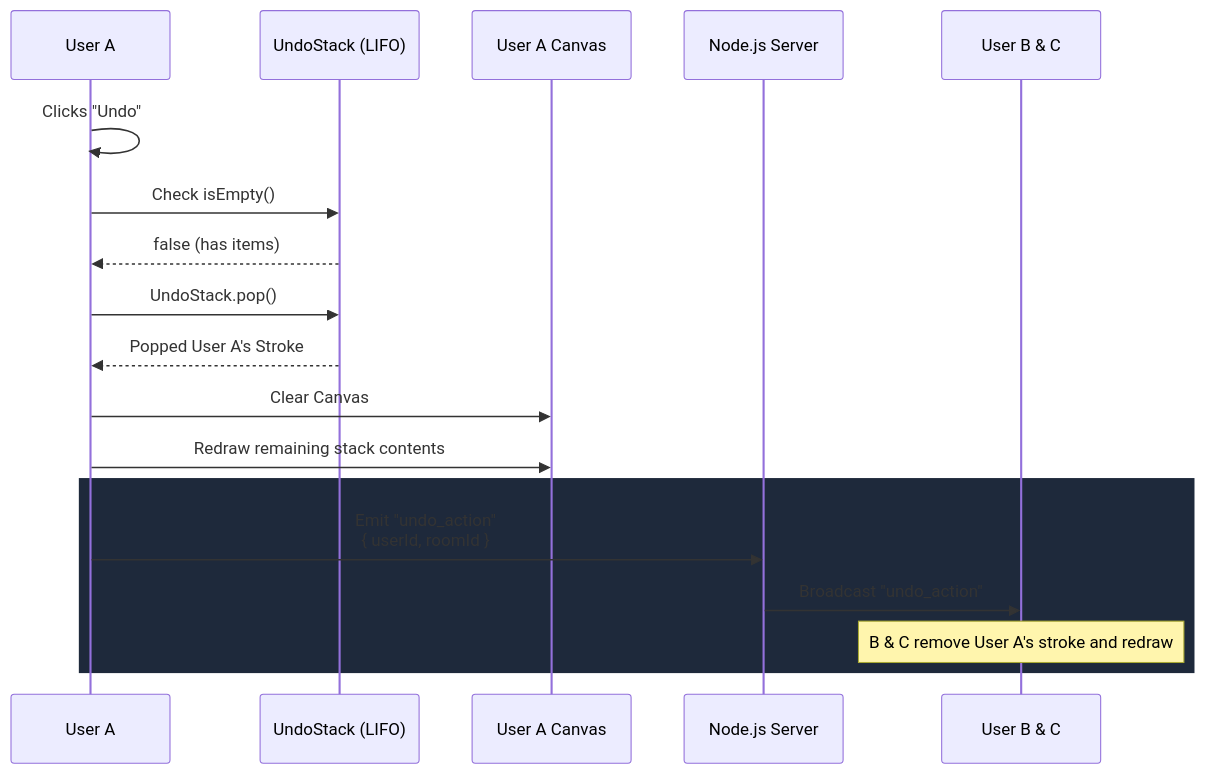
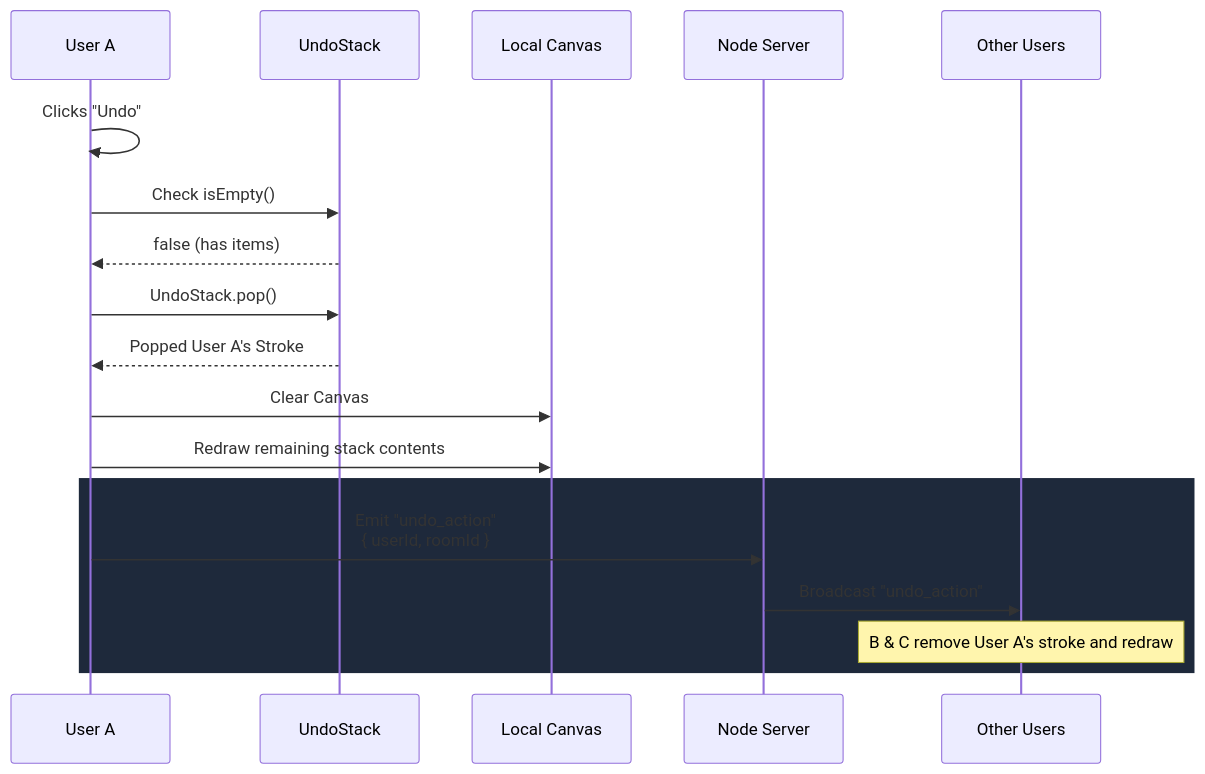
Before and after one commit to prem22k/Online-Collaborative-Whiteboard: the fourth of 5 diagrams in docs/architecture_data_flow.md, drawn with Mermaid. The commit also changed other lines of this file, not shown here.

Commit message:
docs: simplify Mermaid participant labels in architecture doc

````diff
--- a/docs/architecture_data_flow.md
+++ b/docs/architecture_data_flow.md
@@ -86,24 +86,24 @@
 ```mermaid
 sequenceDiagram
     participant A as User A
-    participant Stack as UndoStack (LIFO)
-    participant C as User A Canvas
-    participant S as Node.js Server
-    participant B as User B & C
+    participant Stack as UndoStack
+    participant C as Local Canvas
+    participant S as Node Server
+    participant B as Other Users
 
     A->>A: Clicks "Undo"
     A->>Stack: Check isEmpty()
     Stack-->>A: false (has items)
     
     A->>Stack: UndoStack.pop()
     Stack-->>A: Popped User A's Stroke
     
     A->>C: Clear Canvas
     A->>C: Redraw remaining stack contents
     
     rect rgb(30, 41, 59)
     A->>S: Emit "undo_action"<br/>{ userId, roomId }
     S->>B: Broadcast "undo_action"
     Note over B: B & C remove User A's stroke and redraw
     end
 ```
````
